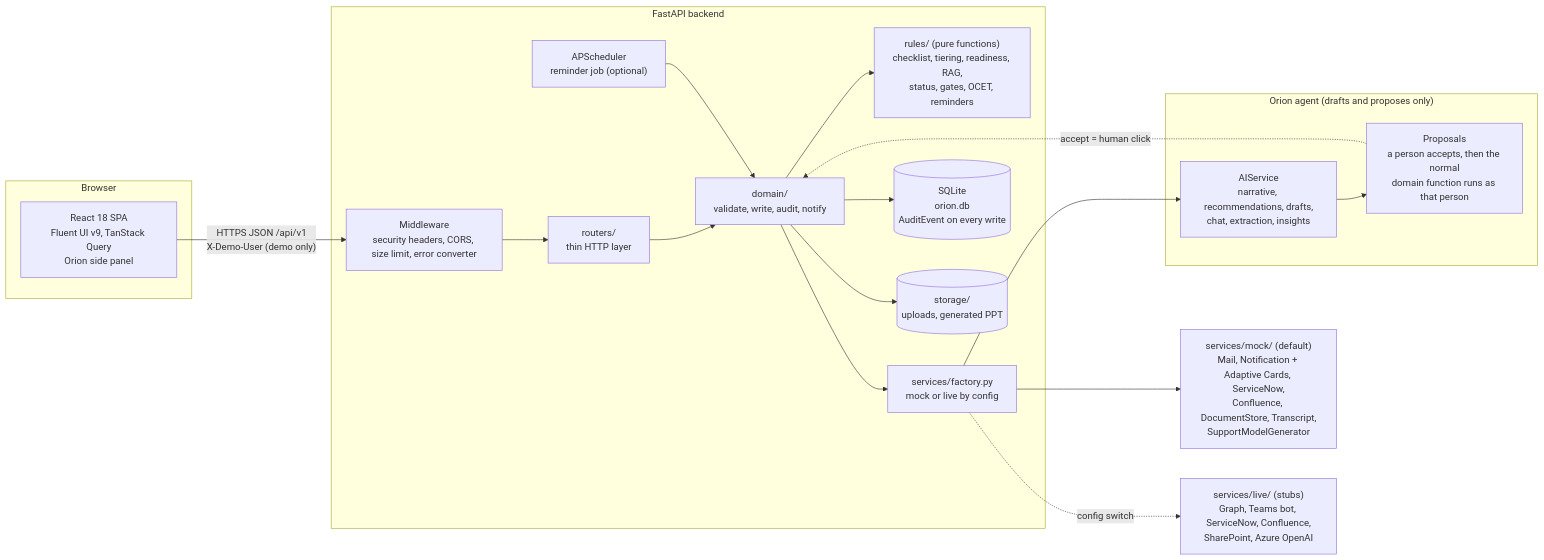
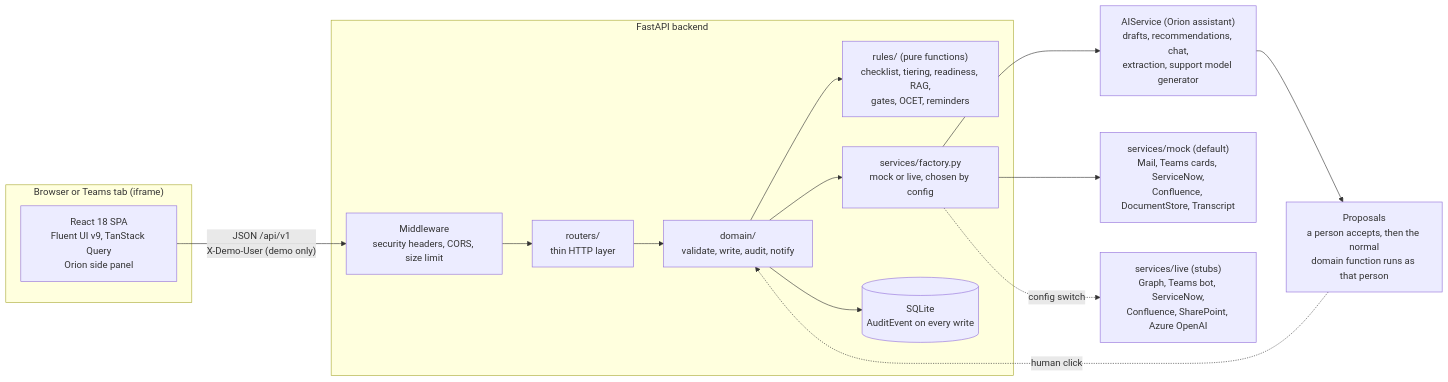
One commit to anup-zensar/Orian changed the diagram in README.md. Above: the diagram before and after it, drawn with Mermaid. The commit also changed other lines of this file and 9 other files, not shown here.

````diff
--- a/README.md
+++ b/README.md
@@ -114,31 +129,22 @@
 ```mermaid
 flowchart LR
-  subgraph Browser
+  subgraph Client["Browser or Teams tab (iframe)"]
     SPA["React 18 SPA<br/>Fluent UI v9, TanStack Query<br/>Orion side panel"]
   end
 
-  SPA -->|"HTTPS JSON /api/v1<br/>X-Demo-User (demo only)"| API
+  SPA -->|"JSON /api/v1<br/>X-Demo-User (demo only)"| MW
 
   subgraph Backend["FastAPI backend"]
-    API["Middleware<br/>security headers, CORS, size limit, error converter"]
-    API --> R["routers/<br/>thin HTTP layer"]
+    MW["Middleware<br/>security headers, CORS, size limit"] --> R["routers/<br/>thin HTTP layer"]
     R --> D["domain/<br/>validate, write, audit, notify"]
-    D --> RU["rules/ (pure functions)<br/>checklist, tiering, readiness, RAG,<br/>status, gates, OCET, reminders"]
-    D --> F["services/factory.py<br/>mock or live by config"]
-    D --> DB[("SQLite<br/>orion.db<br/>AuditEvent on every write")]
-    D --> ST[("storage/<br/>uploads, generated PPT")]
-    SCH["APScheduler<br/>reminder job (optional)"] --> D
+    D --> RU["rules/ (pure functions)<br/>checklist, tiering, readiness, RAG,<br/>gates, OCET, reminders"]
+    D --> F["services/factory.py<br/>mock or live, chosen by config"]
+    D --> DB[("SQLite<br/>AuditEvent on every write")]
   end
 
-  subgraph Orion["Orion agent (drafts and proposes only)"]
-    AI["AIService<br/>narrative, recommendations, drafts,<br/>chat, extraction, insights"]
-    PR["Proposals<br/>a person accepts, then the normal<br/>domain function runs as that person"]
-  end
-
-  F --> AI
-  AI --> PR
-  PR -. "accept = human click" .-> D
-
-  F --> M["services/mock/ (default)<br/>Mail, Notification + Adaptive Cards, ServiceNow,<br/>Confluence, DocumentStore, Transcript,<br/>SupportModelGenerator"]
-  F -. "config switch" .-> L["services/live/ (stubs)<br/>Graph, Teams bot, ServiceNow, Confluence,<br/>SharePoint, Azure OpenAI"]
+  F --> AI["AIService (Orion assistant)<br/>drafts, recommendations, chat,<br/>extraction, support model generator"]
+  AI --> PR["Proposals<br/>a person accepts, then the normal<br/>domain function runs as that person"]
+  PR -. "human click" .-> D
+  F --> M["services/mock (default)<br/>Mail, Teams cards, ServiceNow,<br/>Confluence, DocumentStore, Transcript"]
+  F -. "config switch" .-> L["services/live (stubs)<br/>Graph, Teams bot, ServiceNow,<br/>Confluence, SharePoint, Azure OpenAI"]
 ```
````
